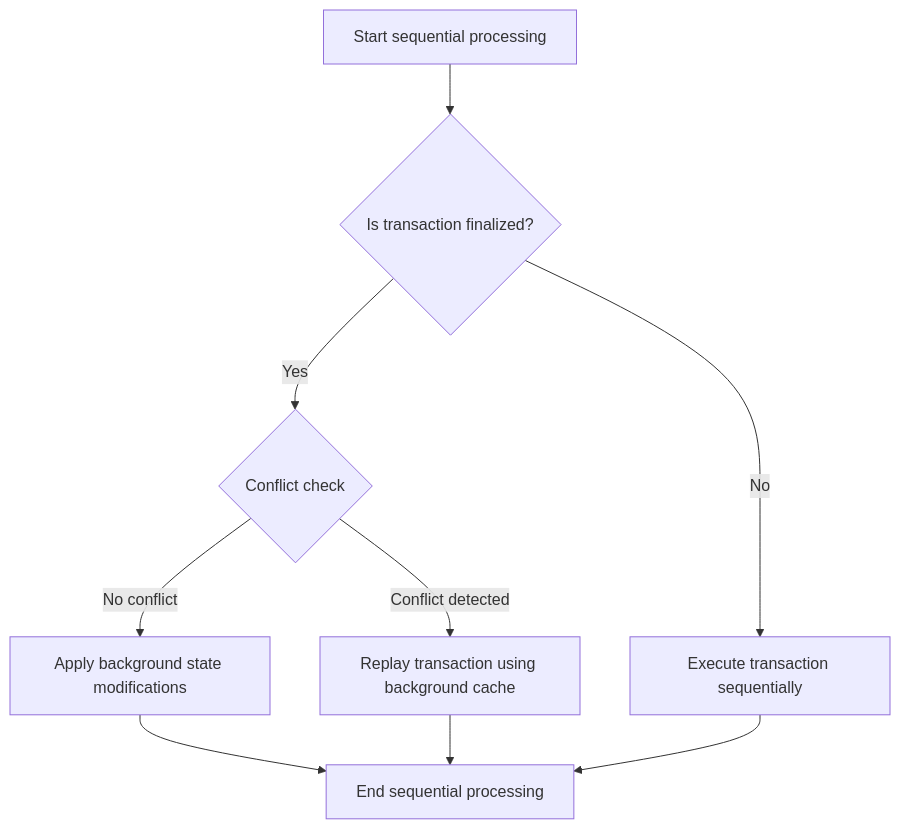
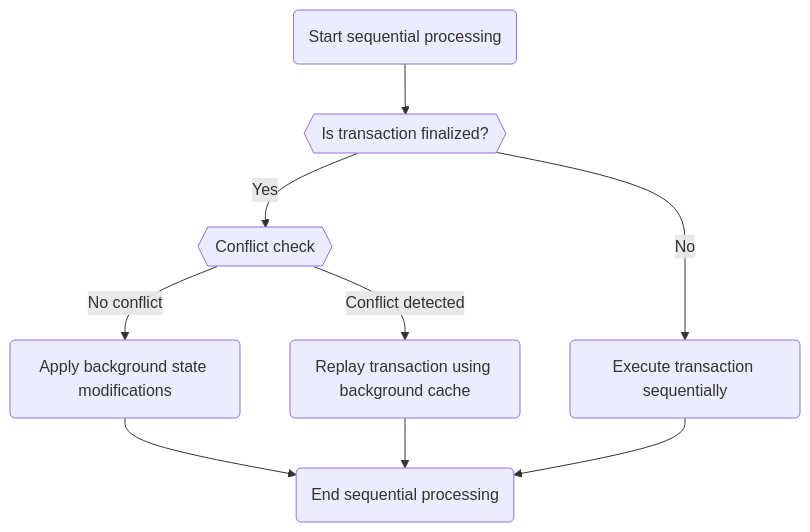
Before and after one commit to hyperledger/besu-docs: the first of 3 diagrams in docs/public-networks/concepts/parallel-transaction-execution.md, drawn with Mermaid. The commit also changed other lines of this file and 1 other file, not shown here.

````diff
--- a/docs/public-networks/concepts/parallel-transaction-execution.md
+++ b/docs/public-networks/concepts/parallel-transaction-execution.md
@@ -33,11 +33,11 @@
 ```mermaid
 graph TD;
-  A[Start sequential processing] --> B{Is transaction finalized?};
-  B --> |Yes| C{Conflict check};
-  C --> |No conflict| D[Apply background state modifications];
-  C --> |Conflict detected| E[Replay transaction using background cache];
-  B --> |No| F[Execute transaction sequentially];
-  D --> G[End sequential processing];
+  A(Start sequential processing) --> B{{Is transaction finalized?}};
+  B --> |Yes| C{{Conflict check}};
+  C --> |No conflict| D(Apply background state modifications);
+  C --> |Conflict detected| E(Replay transaction using background cache);
+  B --> |No| F(Execute transaction sequentially);
+  D --> G(End sequential processing);
   E --> G;
   F --> G;
 ```
````
